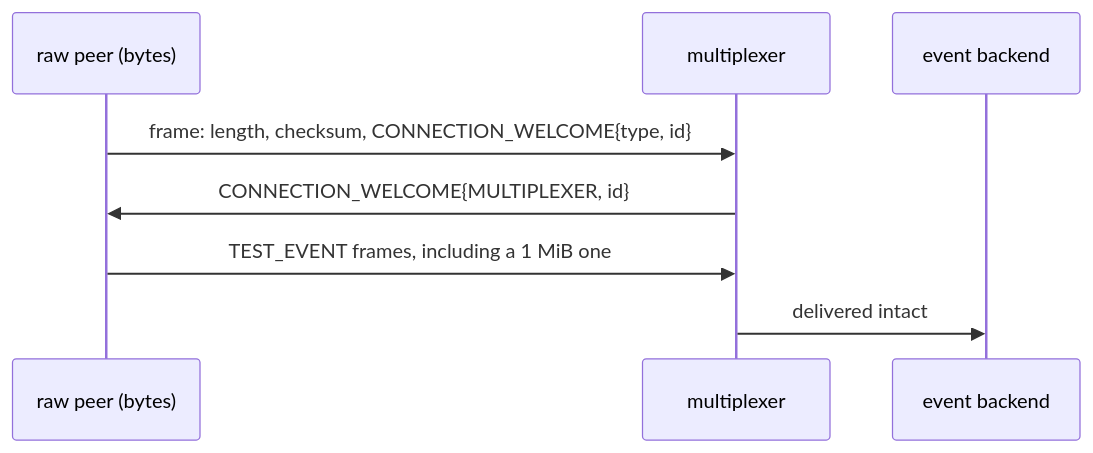
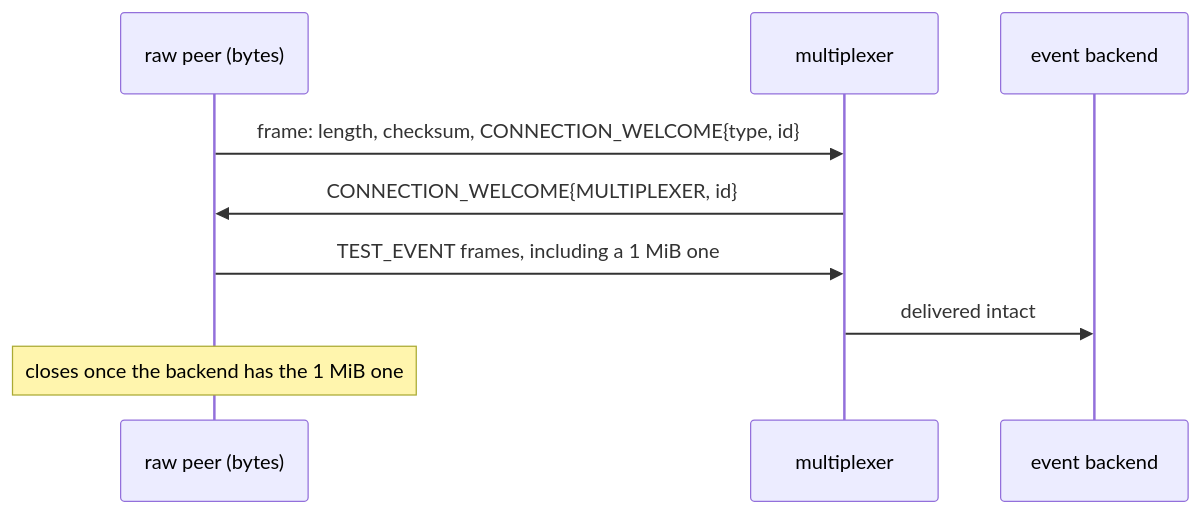
One commit to kulewski/multiplexer changed the diagram in tests/scenarios/raw_protocol/README.md. Above: the diagram before and after it, drawn with Mermaid. The commit also changed 90 other files, not shown here.

````diff
--- a/tests/scenarios/raw_protocol/README.md
+++ b/tests/scenarios/raw_protocol/README.md
@@ -10,10 +10,11 @@
 ```mermaid
 sequenceDiagram
     participant P as raw peer (bytes)
     participant M as multiplexer
     participant L as event backend
     P->>M: frame: length, checksum, CONNECTION_WELCOME{type, id}
     M->>P: CONNECTION_WELCOME{MULTIPLEXER, id}
     P->>M: TEST_EVENT frames, including a 1 MiB one
     M->>L: delivered intact
+    Note over P: closes once the backend has the 1 MiB one
 ```
````
